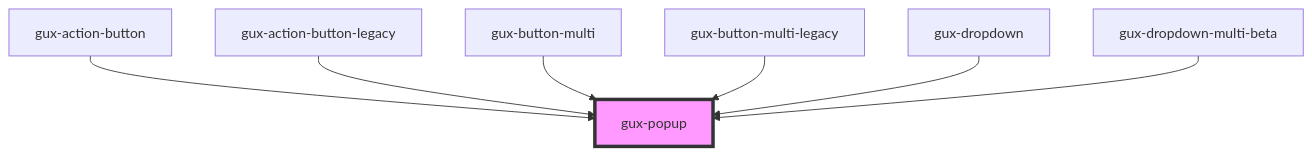
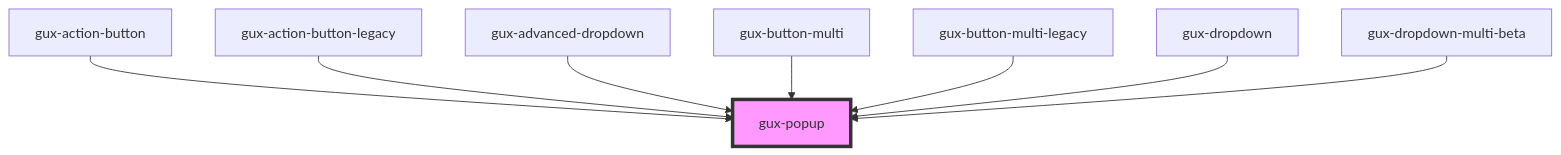
Before and after one commit to MyPureCloud/genesys-spark: the diagram in src/components/stable/gux-popup/readme.md, drawn with Mermaid. The commit also changed other lines of this file and 7 other files, not shown here.

First line of the commit message:
fix(advanced-dropdown): fixed advanced dropdown popup

````diff
--- a/src/components/stable/gux-popup/readme.md
+++ b/src/components/stable/gux-popup/readme.md
@@ -36,10 +37,11 @@
 ```mermaid
 graph TD;
   gux-action-button --> gux-popup
   gux-action-button-legacy --> gux-popup
+  gux-advanced-dropdown --> gux-popup
   gux-button-multi --> gux-popup
   gux-button-multi-legacy --> gux-popup
   gux-dropdown --> gux-popup
   gux-dropdown-multi-beta --> gux-popup
   style gux-popup fill:#f9f,stroke:#333,stroke-width:4px
 ```
````
